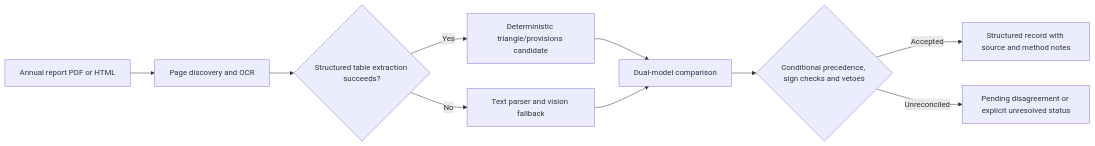
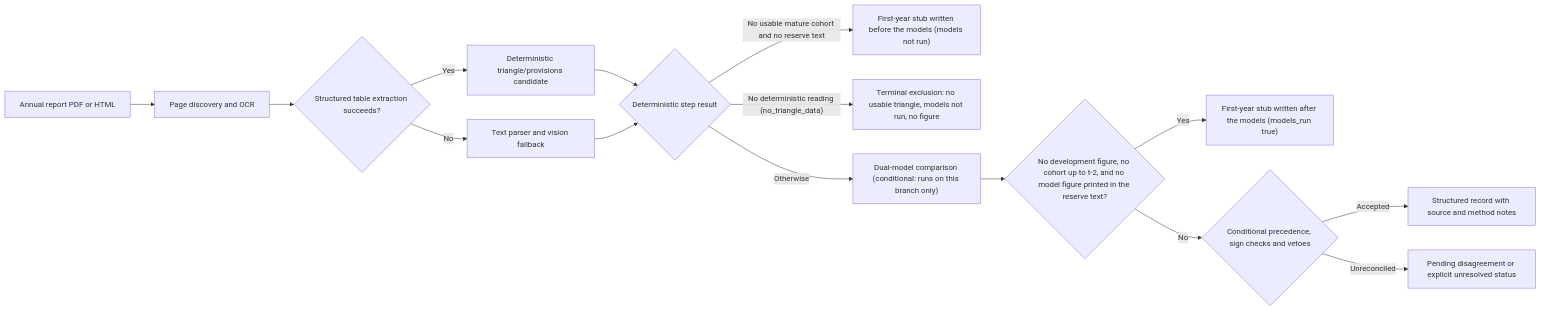
One commit to colinpriest/lloyds-reserve-stress-testing changed the diagram in README.md. Above: the diagram before and after it, drawn with Mermaid. The commit also changed other lines of this file and 10 other files, not shown here.

````diff
--- a/README.md
+++ b/README.md
@@ -7,12 +7,17 @@
 ```mermaid
 flowchart LR
-  A[Annual report PDF or HTML] --> B[Page discovery and OCR]
-  B --> C{Structured table extraction succeeds?}
-  C -->|Yes| D[Deterministic triangle/provisions candidate]
-  C -->|No| E[Text parser and vision fallback]
-  D --> F[Dual-model comparison]
-  E --> F
-  F --> G{Conditional precedence, sign checks and vetoes}
-  G -->|Accepted| H[Structured record with source and method notes]
-  G -->|Unreconciled| I[Pending disagreement or explicit unresolved status]
+  A["Annual report PDF or HTML"] --> B["Page discovery and OCR"]
+  B --> C{"Structured table extraction succeeds?"}
+  C -->|Yes| D["Deterministic triangle/provisions candidate"]
+  C -->|No| E["Text parser and vision fallback"]
+  D --> K{"Deterministic step result"}
+  E --> K
+  K -->|"No usable mature cohort and no reserve text"| S1["First-year stub written before the models (models not run)"]
+  K -->|"No deterministic reading (no_triangle_data)"| X["Terminal exclusion: no usable triangle, models not run, no figure"]
+  K -->|"Otherwise"| F["Dual-model comparison (conditional: runs on this branch only)"]
+  F --> L{"No development figure, no cohort up to t-2, and no model figure printed in the reserve text?"}
+  L -->|Yes| S2["First-year stub written after the models (models_run true)"]
+  L -->|No| G{"Conditional precedence, sign checks and vetoes"}
+  G -->|Accepted| H["Structured record with source and method notes"]
+  G -->|Unreconciled| I["Pending disagreement or explicit unresolved status"]
 ```
````
